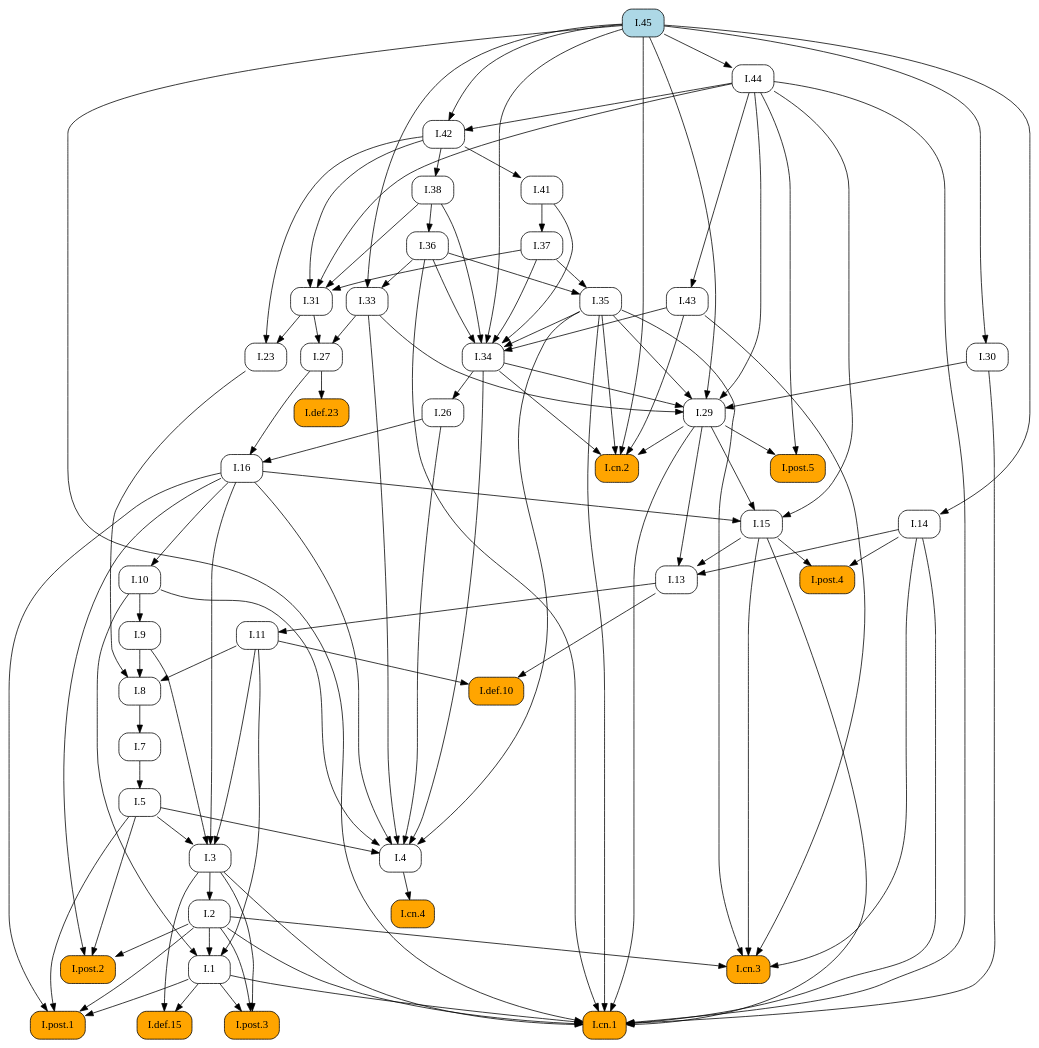
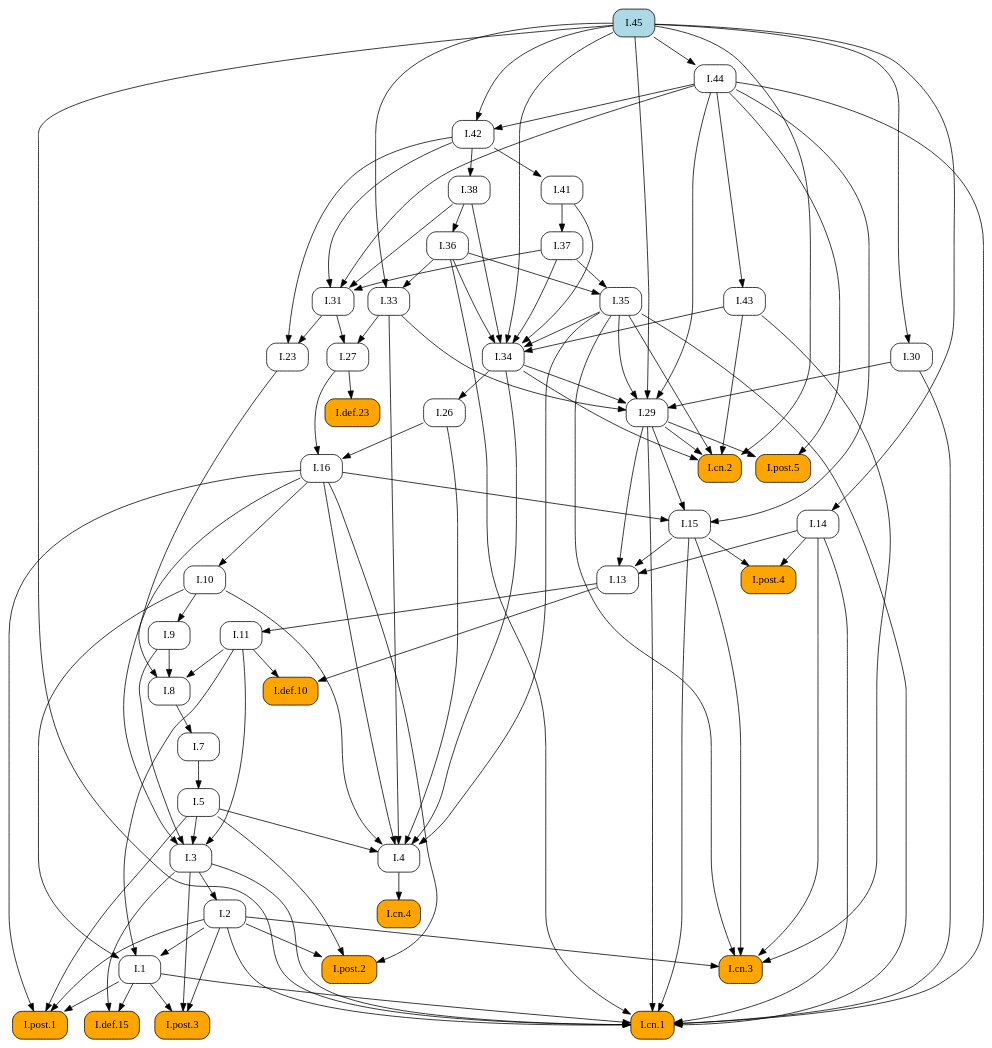
Before and after one commit to geometor/elements: the diagram in docsrc/heath/I/45/index.rst, drawn with Graphviz. The commit also changed other lines of this file and 1029 other files, not shown here.

```diff
--- a/docsrc/heath/I/45/index.rst
+++ b/docsrc/heath/I/45/index.rst
@@ -73,145 +73,74 @@
    digraph {
      rankdir="TB";
      node [shape=box, style=rounded];
+     "I.def.10" [style="rounded,filled", fillcolor=orange, URL="/heath/I/def.10/", target="_top"];
+     "I.11" [URL="/heath/I/11/", target="_top"];
+     "I.post.4" [style="rounded,filled", fillcolor=orange, URL="/heath/I/post.4/", target="_top"];
+     "I.1" [URL="/heath/I/1/", target="_top"];
+     "I.26" [URL="/heath/I/26/", target="_top"];
+     "I.29" [URL="/heath/I/29/", target="_top"];
+     "I.cn.2" [style="rounded,filled", fillcolor=orange, URL="/heath/I/cn.2/", target="_top"];
+     "I.def.15" [style="rounded,filled", fillcolor=orange, URL="/heath/I/def.15/", target="_top"];
+     "I.post.3" [style="rounded,filled", fillcolor=orange, URL="/heath/I/post.3/", target="_top"];
+     "I.cn.1" [style="rounded,filled", fillcolor=orange, URL="/heath/I/cn.1/", target="_top"];
+     "I.30" [URL="/heath/I/30/", target="_top"];
      "I.cn.3" [style="rounded,filled", fillcolor=orange, URL="/heath/I/cn.3/", target="_top"];
-     "I.30" [URL="/heath/I/30/", target="_top"];
-     "I.29" [URL="/heath/I/29/", target="_top"];
-     "I.7" [URL="/heath/I/7/", target="_top"];
-     "I.45" [style="rounded,filled", fillcolor=lightblue, URL="/heath/I/45/", target="_top"];
+     "I.14" [URL="/heath/I/14/", target="_top"];
+     "I.23" [URL="/heath/I/23/", target="_top"];
+     "I.43" [URL="/heath/I/43/", target="_top"];
+     "I.post.1" [style="rounded,filled", fillcolor=orange, URL="/heath/I/post.1/", target="_top"];
+     "I.35" [URL="/heath/I/35/", target="_top"];
+     "I.41" [URL="/heath/I/41/", target="_top"];
      "I.27" [URL="/heath/I/27/", target="_top"];
-     "I.38" [URL="/heath/I/38/", target="_top"];
-     "I.def.23" [style="rounded,filled", fillcolor=orange, URL="/heath/I/def.23/", target="_top"];
+     "I.36" [URL="/heath/I/36/", target="_top"];
      "I.37" [URL="/heath/I/37/", target="_top"];
      "I.34" [URL="/heath/I/34/", target="_top"];
+     "I.3" [URL="/heath/I/3/", target="_top"];
+     "I.7" [URL="/heath/I/7/", target="_top"];
+     "I.2" [URL="/heath/I/2/", target="_top"];
+     "I.4" [URL="/heath/I/4/", target="_top"];
+     "I.def.23" [style="rounded,filled", fillcolor=orange, URL="/heath/I/def.23/", target="_top"];
+     "I.13" [URL="/heath/I/13/", target="_top"];
+     "I.33" [URL="/heath/I/33/", target="_top"];
+     "I.31" [URL="/heath/I/31/", target="_top"];
+     "I.post.2" [style="rounded,filled", fillcolor=orange, URL="/heath/I/post.2/", target="_top"];
+     "I.45" [style="rounded,filled", fillcolor=lightblue, URL="/heath/I/45/", target="_top"];
+     "I.16" [URL="/heath/I/16/", target="_top"];
+     "I.42" [URL="/heath/I/42/", target="_top"];
+     "I.9" [URL="/heath/I/9/", target="_top"];
      "I.8" [URL="/heath/I/8/", target="_top"];
-     "I.9" [URL="/heath/I/9/", target="_top"];
-     "I.post.4" [style="rounded,filled", fillcolor=orange, URL="/heath/I/post.4/", target="_top"];
-     "I.2" [URL="/heath/I/2/", target="_top"];
-     "I.42" [URL="/heath/I/42/", target="_top"];
-     "I.def.15" [style="rounded,filled", fillcolor=orange, URL="/heath/I/def.15/", target="_top"];
-     "I.1" [URL="/heath/I/1/", target="_top"];
+     "I.cn.4" [style="rounded,filled", fillcolor=orange, URL="/heath/I/cn.4/", target="_top"];
+     "I.15" [URL="/heath/I/15/", target="_top"];
+     "I.post.5" [style="rounded,filled", fillcolor=orange, URL="/heath/I/post.5/", target="_top"];
      "I.44" [URL="/heath/I/44/", target="_top"];
-     "I.post.1" [style="rounded,filled", fillcolor=orange, URL="/heath/I/post.1/", target="_top"];
-     "I.cn.4" [style="rounded,filled", fillcolor=orange, URL="/heath/I/cn.4/", target="_top"];
-     "I.26" [URL="/heath/I/26/", target="_top"];
-     "I.33" [URL="/heath/I/33/", target="_top"];
-     "I.23" [URL="/heath/I/23/", target="_top"];
-     "I.13" [URL="/heath/I/13/", target="_top"];
-     "I.cn.2" [style="rounded,filled", fillcolor=orange, URL="/heath/I/cn.2/", target="_top"];
+     "I.38" [URL="/heath/I/38/", target="_top"];
+     "I.10" [URL="/heath/I/10/", target="_top"];
      "I.5" [URL="/heath/I/5/", target="_top"];
-     "I.11" [URL="/heath/I/11/", target="_top"];
-     "I.10" [URL="/heath/I/10/", target="_top"];
-     "I.4" [URL="/heath/I/4/", target="_top"];
-     "I.3" [URL="/heath/I/3/", target="_top"];
-     "I.16" [URL="/heath/I/16/", target="_top"];
-     "I.31" [URL="/heath/I/31/", target="_top"];
-     "I.43" [URL="/heath/I/43/", target="_top"];
-     "I.def.10" [style="rounded,filled", fillcolor=orange, URL="/heath/I/def.10/", target="_top"];
-     "I.post.2" [style="rounded,filled", fillcolor=orange, URL="/heath/I/post.2/", target="_top"];
-     "I.post.3" [style="rounded,filled", fillcolor=orange, URL="/heath/I/post.3/", target="_top"];
-     "I.post.5" [style="rounded,filled", fillcolor=orange, URL="/heath/I/post.5/", target="_top"];
-     "I.14" [URL="/heath/I/14/", target="_top"];
-     "I.36" [URL="/heath/I/36/", target="_top"];
-     "I.35" [URL="/heath/I/35/", target="_top"];
-     "I.15" [URL="/heath/I/15/", target="_top"];
-     "I.cn.1" [style="rounded,filled", fillcolor=orange, URL="/heath/I/cn.1/", target="_top"];
-     "I.41" [URL="/heath/I/41/", target="_top"];
-     "I.2" -> "I.cn.3";
-     "I.14" -> "I.cn.3";
-     "I.15" -> "I.cn.3";
-     "I.35" -> "I.cn.3";
-     "I.43" -> "I.cn.3";
-     "I.45" -> "I.30";
+     "I.11" -> "I.def.10";
+     "I.13" -> "I.def.10";
+     "I.13" -> "I.11";
+     "I.14" -> "I.post.4";
+     "I.15" -> "I.post.4";
+     "I.2" -> "I.1";
+     "I.10" -> "I.1";
+     "I.11" -> "I.1";
+     "I.34" -> "I.26";
      "I.30" -> "I.29";
      "I.33" -> "I.29";
      "I.34" -> "I.29";
      "I.35" -> "I.29";
      "I.44" -> "I.29";
      "I.45" -> "I.29";
-     "I.8" -> "I.7";
-     "I.31" -> "I.27";
-     "I.33" -> "I.27";
-     "I.42" -> "I.38";
-     "I.27" -> "I.def.23";
-     "I.41" -> "I.37";
-     "I.35" -> "I.34";
-     "I.36" -> "I.34";
-     "I.37" -> "I.34";
-     "I.38" -> "I.34";
-     "I.41" -> "I.34";
-     "I.43" -> "I.34";
-     "I.45" -> "I.34";
-     "I.9" -> "I.8";
-     "I.11" -> "I.8";
-     "I.23" -> "I.8";
-     "I.10" -> "I.9";
-     "I.14" -> "I.post.4";
-     "I.15" -> "I.post.4";
-     "I.3" -> "I.2";
-     "I.44" -> "I.42";
-     "I.45" -> "I.42";
-     "I.1" -> "I.def.15";
-     "I.3" -> "I.def.15";
-     "I.2" -> "I.1";
-     "I.10" -> "I.1";
-     "I.11" -> "I.1";
-     "I.45" -> "I.44";
-     "I.1" -> "I.post.1";
-     "I.2" -> "I.post.1";
-     "I.5" -> "I.post.1";
-     "I.16" -> "I.post.1";
-     "I.4" -> "I.cn.4";
-     "I.34" -> "I.26";
-     "I.36" -> "I.33";
-     "I.45" -> "I.33";
-     "I.31" -> "I.23";
-     "I.42" -> "I.23";
-     "I.14" -> "I.13";
-     "I.15" -> "I.13";
-     "I.29" -> "I.13";
      "I.29" -> "I.cn.2";
      "I.34" -> "I.cn.2";
      "I.35" -> "I.cn.2";
      "I.43" -> "I.cn.2";
      "I.45" -> "I.cn.2";
-     "I.7" -> "I.5";
-     "I.13" -> "I.11";
-     "I.16" -> "I.10";
-     "I.5" -> "I.4";
-     "I.10" -> "I.4";
-     "I.16" -> "I.4";
-     "I.26" -> "I.4";
-     "I.33" -> "I.4";
-     "I.34" -> "I.4";
-     "I.35" -> "I.4";
-     "I.5" -> "I.3";
-     "I.9" -> "I.3";
-     "I.11" -> "I.3";
-     "I.16" -> "I.3";
-     "I.26" -> "I.16";
-     "I.27" -> "I.16";
-     "I.37" -> "I.31";
-     "I.38" -> "I.31";
-     "I.42" -> "I.31";
-     "I.44" -> "I.31";
-     "I.44" -> "I.43";
-     "I.11" -> "I.def.10";
-     "I.13" -> "I.def.10";
-     "I.2" -> "I.post.2";
-     "I.5" -> "I.post.2";
-     "I.16" -> "I.post.2";
+     "I.1" -> "I.def.15";
+     "I.3" -> "I.def.15";
      "I.1" -> "I.post.3";
      "I.2" -> "I.post.3";
      "I.3" -> "I.post.3";
-     "I.29" -> "I.post.5";
-     "I.44" -> "I.post.5";
-     "I.45" -> "I.14";
-     "I.38" -> "I.36";
-     "I.36" -> "I.35";
-     "I.37" -> "I.35";
-     "I.16" -> "I.15";
-     "I.29" -> "I.15";
-     "I.44" -> "I.15";
      "I.1" -> "I.cn.1";
      "I.2" -> "I.cn.1";
      "I.3" -> "I.cn.1";
@@ -223,5 +152,76 @@
      "I.36" -> "I.cn.1";
      "I.44" -> "I.cn.1";
      "I.45" -> "I.cn.1";
+     "I.45" -> "I.30";
+     "I.2" -> "I.cn.3";
+     "I.14" -> "I.cn.3";
+     "I.15" -> "I.cn.3";
+     "I.35" -> "I.cn.3";
+     "I.43" -> "I.cn.3";
+     "I.45" -> "I.14";
+     "I.31" -> "I.23";
+     "I.42" -> "I.23";
+     "I.44" -> "I.43";
+     "I.1" -> "I.post.1";
+     "I.2" -> "I.post.1";
+     "I.5" -> "I.post.1";
+     "I.16" -> "I.post.1";
+     "I.36" -> "I.35";
+     "I.37" -> "I.35";
      "I.42" -> "I.41";
+     "I.31" -> "I.27";
+     "I.33" -> "I.27";
+     "I.38" -> "I.36";
+     "I.41" -> "I.37";
+     "I.35" -> "I.34";
+     "I.36" -> "I.34";
+     "I.37" -> "I.34";
+     "I.38" -> "I.34";
+     "I.41" -> "I.34";
+     "I.43" -> "I.34";
+     "I.45" -> "I.34";
+     "I.5" -> "I.3";
+     "I.9" -> "I.3";
+     "I.11" -> "I.3";
+     "I.16" -> "I.3";
+     "I.8" -> "I.7";
+     "I.3" -> "I.2";
+     "I.5" -> "I.4";
+     "I.10" -> "I.4";
+     "I.16" -> "I.4";
+     "I.26" -> "I.4";
+     "I.33" -> "I.4";
+     "I.34" -> "I.4";
+     "I.35" -> "I.4";
+     "I.27" -> "I.def.23";
+     "I.14" -> "I.13";
+     "I.15" -> "I.13";
+     "I.29" -> "I.13";
+     "I.36" -> "I.33";
+     "I.45" -> "I.33";
+     "I.37" -> "I.31";
+     "I.38" -> "I.31";
+     "I.42" -> "I.31";
+     "I.44" -> "I.31";
+     "I.2" -> "I.post.2";
+     "I.5" -> "I.post.2";
+     "I.16" -> "I.post.2";
+     "I.26" -> "I.16";
+     "I.27" -> "I.16";
+     "I.44" -> "I.42";
+     "I.45" -> "I.42";
+     "I.10" -> "I.9";
+     "I.9" -> "I.8";
+     "I.11" -> "I.8";
+     "I.23" -> "I.8";
+     "I.4" -> "I.cn.4";
+     "I.16" -> "I.15";
+     "I.29" -> "I.15";
+     "I.44" -> "I.15";
+     "I.29" -> "I.post.5";
+     "I.44" -> "I.post.5";
+     "I.45" -> "I.44";
+     "I.42" -> "I.38";
+     "I.16" -> "I.10";
+     "I.7" -> "I.5";
    }
```
